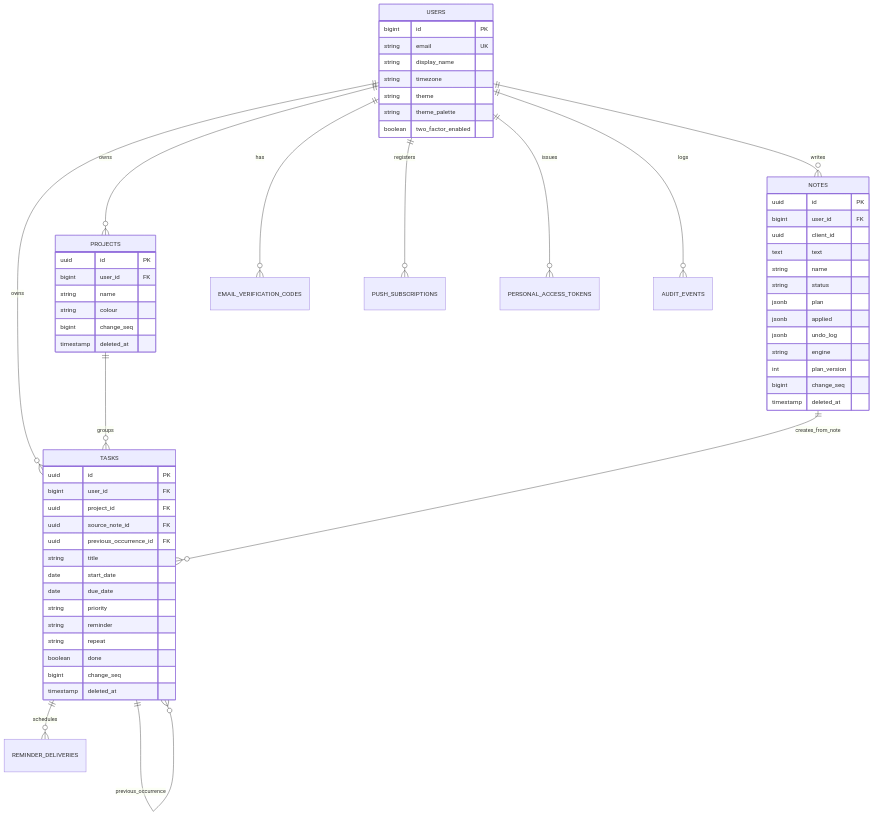
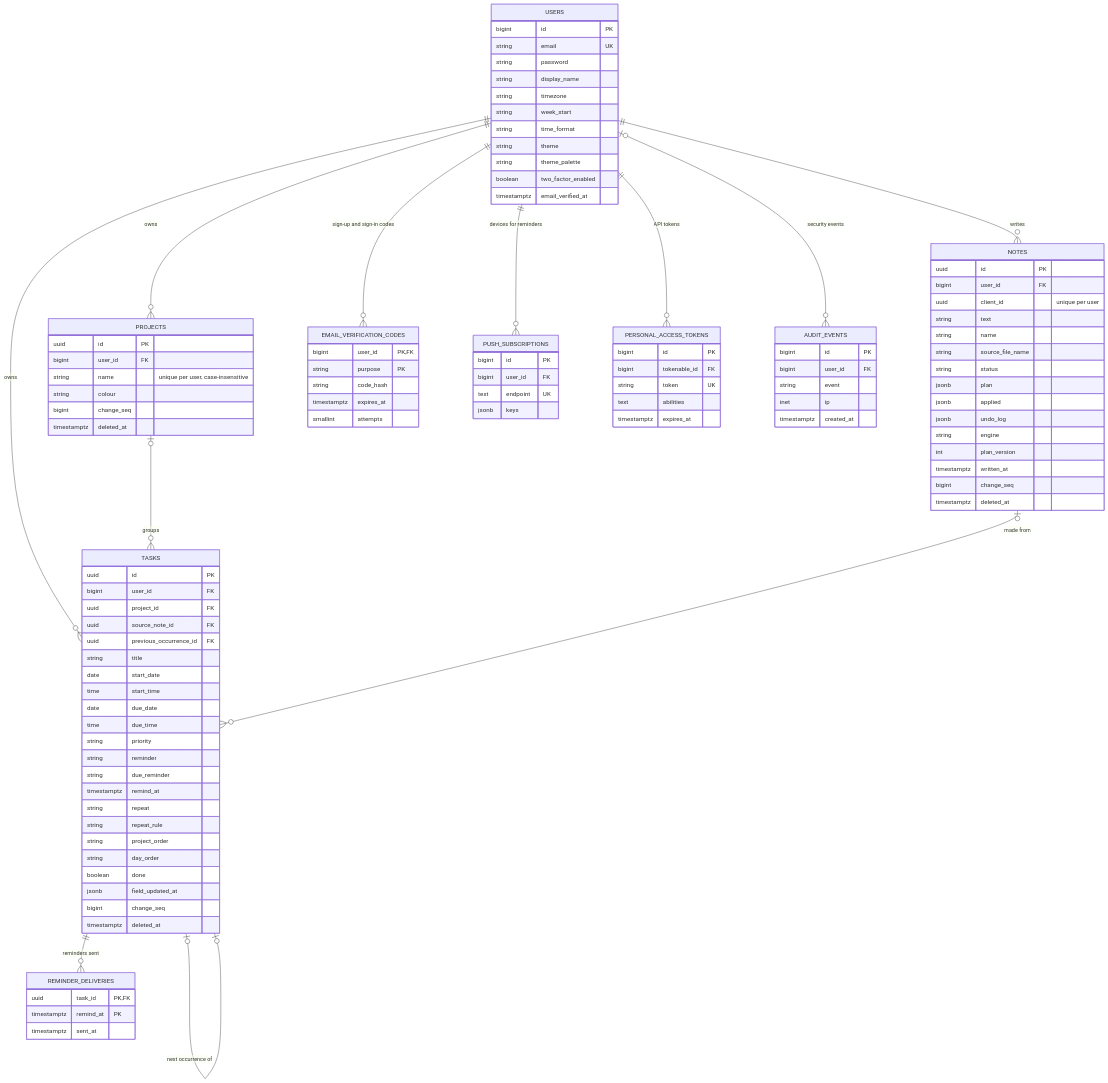
One commit to 02bbits/Agendal changed the diagram in README.md. Above: the diagram before and after it, drawn with Mermaid. The commit also changed other lines of this file, not shown here.

Commit message:
docs(readme): match main: ERD from the migrations, built features, coverage evidence
Deployed (IM-65), dictation and file notes (#166, #167), tokens (#196), Web Push reminders, ETag (#201) and retention (IM-55) are built; Not built yet lists IM-60 to IM-64 and admin alerts (#225). Test counts and coverage come from main's CI run 45942859790. Telescope's server behaviour follows SC-21.

````diff
--- a/README.md
+++ b/README.md
@@ -160,31 +164,35 @@
     USERS ||--o{ PROJECTS : owns
     USERS ||--o{ TASKS : owns
     USERS ||--o{ NOTES : writes
-    USERS ||--o{ EMAIL_VERIFICATION_CODES : has
-    USERS ||--o{ PUSH_SUBSCRIPTIONS : registers
-    USERS ||--o{ PERSONAL_ACCESS_TOKENS : issues
-    USERS ||--o{ AUDIT_EVENTS : logs
-    PROJECTS ||--o{ TASKS : groups
-    NOTES ||--o{ TASKS : creates_from_note
-    TASKS ||--o{ TASKS : previous_occurrence
-    TASKS ||--o{ REMINDER_DELIVERIES : schedules
+    USERS ||--o{ EMAIL_VERIFICATION_CODES : "sign-up and sign-in codes"
+    USERS ||--o{ PUSH_SUBSCRIPTIONS : "devices for reminders"
+    USERS ||--o{ PERSONAL_ACCESS_TOKENS : "API tokens"
+    USERS |o--o{ AUDIT_EVENTS : "security events"
+    PROJECTS |o--o{ TASKS : groups
+    NOTES |o--o{ TASKS : "made from"
+    TASKS |o--o| TASKS : "next occurrence of"
+    TASKS ||--o{ REMINDER_DELIVERIES : "reminders sent"
 
     USERS {
         bigint id PK
         string email UK
+        string password
         string display_name
         string timezone
+        string week_start
+        string time_format
         string theme
         string theme_palette
         boolean two_factor_enabled
+        timestamptz email_verified_at
     }
     PROJECTS {
         uuid id PK
         bigint user_id FK
-        string name
+        string name "unique per user, case-insensitive"
         string colour
         bigint change_seq
-        timestamp deleted_at
+        timestamptz deleted_at
     }
     TASKS {
         uuid id PK
@@ -194,27 +202,69 @@
         uuid previous_occurrence_id FK
         string title
         date start_date
+        time start_time
         date due_date
+        time due_time
         string priority
         string reminder
+        string due_reminder
+        timestamptz remind_at
         string repeat
+        string repeat_rule
+        string project_order
+        string day_order
         boolean done
+        jsonb field_updated_at
         bigint change_seq
-        timestamp deleted_at
+        timestamptz deleted_at
     }
     NOTES {
         uuid id PK
         bigint user_id FK
-        uuid client_id
-        text text
+        uuid client_id "unique per user"
+        string text
         string name
+        string source_file_name
         string status
         jsonb plan
         jsonb applied
         jsonb undo_log
         string engine
         int plan_version
+        timestamptz written_at
         bigint change_seq
-        timestamp deleted_at
+        timestamptz deleted_at
+    }
+    EMAIL_VERIFICATION_CODES {
+        bigint user_id PK, FK
+        string purpose PK
+        string code_hash
+        timestamptz expires_at
+        smallint attempts
+    }
+    PUSH_SUBSCRIPTIONS {
+        bigint id PK
+        bigint user_id FK
+        text endpoint UK
+        jsonb keys
+    }
+    PERSONAL_ACCESS_TOKENS {
+        bigint id PK
+        bigint tokenable_id FK
+        string token UK
+        text abilities
+        timestamptz expires_at
+    }
+    REMINDER_DELIVERIES {
+        uuid task_id PK, FK
+        timestamptz remind_at PK
+        timestamptz sent_at
+    }
+    AUDIT_EVENTS {
+        bigint id PK
+        bigint user_id FK
+        string event
+        inet ip
+        timestamptz created_at
     }
 ```
````
